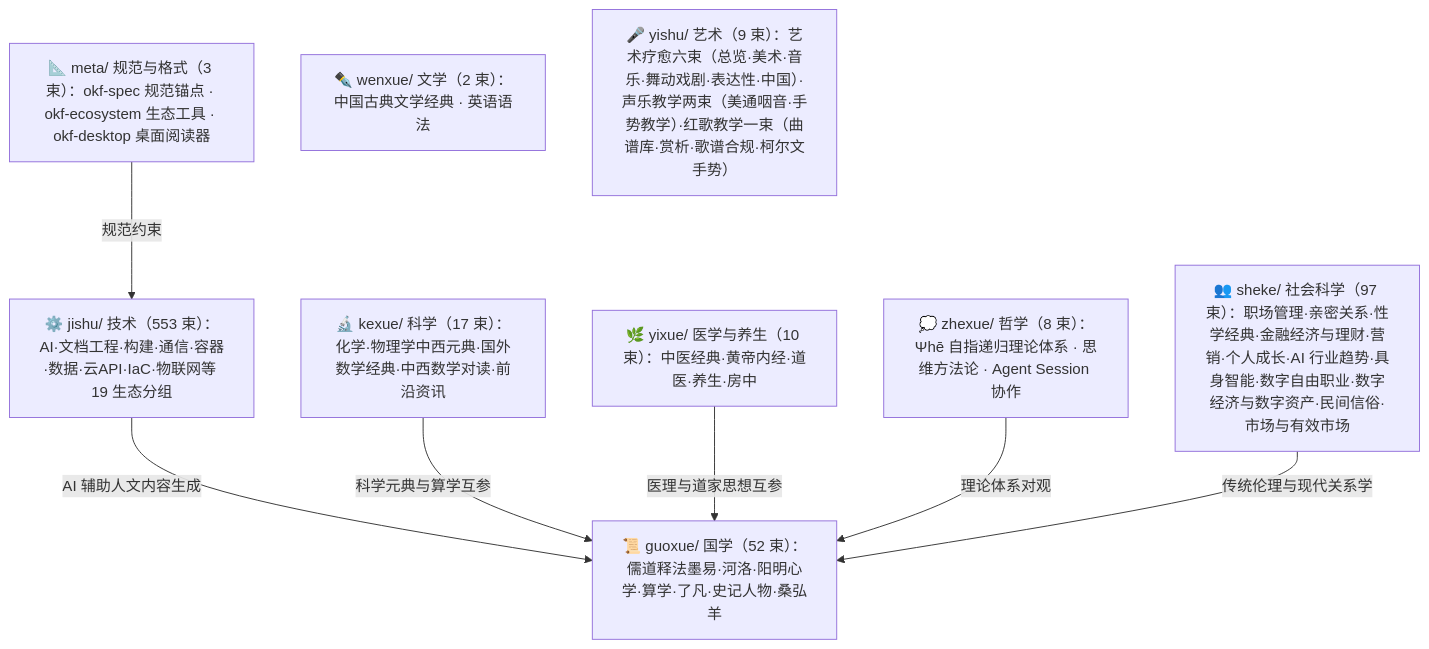
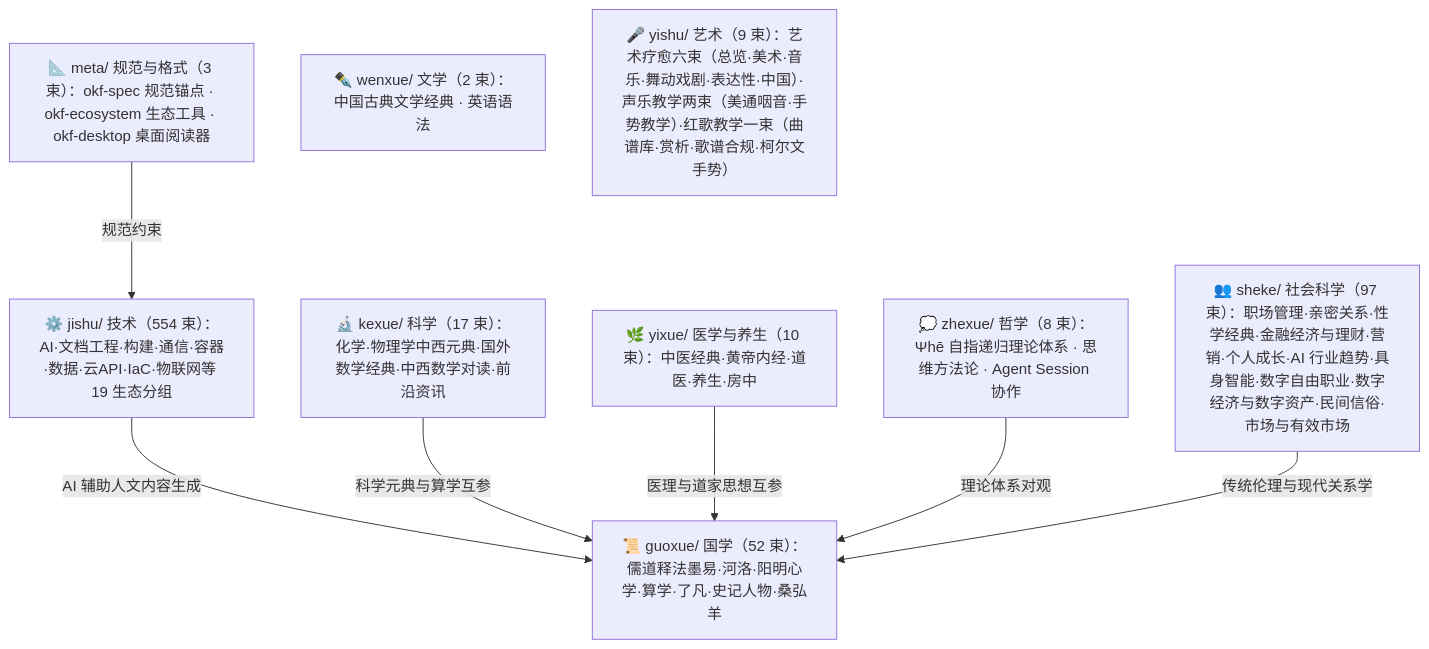
One commit to awesome-flexloop/awesome-okf changed the diagram in doc/bundles/index.md. Above: the diagram before and after it, drawn with Mermaid. The commit also changed other lines of this file and 27 other files, not shown here.

````diff
--- a/doc/bundles/index.md
+++ b/doc/bundles/index.md
@@ -21,18 +21,18 @@
 ```mermaid
 flowchart TD
     meta["📐 meta/ 规范与格式（3 束）：okf-spec 规范锚点 · okf-ecosystem 生态工具 · okf-desktop 桌面阅读器"]
     guoxue["📜 guoxue/ 国学（52 束）：儒道释法墨易·河洛·阳明心学·算学·了凡·史记人物·桑弘羊"]
     zhexue["💭 zhexue/ 哲学（8 束）：Ψhē 自指递归理论体系 · 思维方法论 · Agent Session 协作"]
     kexue["🔬 kexue/ 科学（17 束）：化学·物理学中西元典·国外数学经典·中西数学对读·前沿资讯"]
     wenxue["✒️ wenxue/ 文学（2 束）：中国古典文学经典 · 英语语法"]
     yixue["🌿 yixue/ 医学与养生（10 束）：中医经典·黄帝内经·道医·养生·房中"]
     sheke["👥 sheke/ 社会科学（97 束）：职场管理·亲密关系·性学经典·金融经济与理财·营销·个人成长·AI 行业趋势·具身智能·数字自由职业·数字经济与数字资产·民间信俗·市场与有效市场"]
     yishu["🎤 yishu/ 艺术（9 束）：艺术疗愈六束（总览·美术·音乐·舞动戏剧·表达性·中国）·声乐教学两束（美通咽音·手势教学）·红歌教学一束（曲谱库·赏析·歌谱合规·柯尔文手势）"]
-    jishu["⚙️ jishu/ 技术（553 束）：AI·文档工程·构建·通信·容器·数据·云API·IaC·物联网等 19 生态分组"]
+    jishu["⚙️ jishu/ 技术（554 束）：AI·文档工程·构建·通信·容器·数据·云API·IaC·物联网等 19 生态分组"]
     meta -->|"规范约束"| jishu
     jishu -->|"AI 辅助人文内容生成"| guoxue
     kexue -->|"科学元典与算学互参"| guoxue
     yixue -->|"医理与道家思想互参"| guoxue
     zhexue -->|"理论体系对观"| guoxue
     sheke -->|"传统伦理与现代关系学"| guoxue
 ```
````
